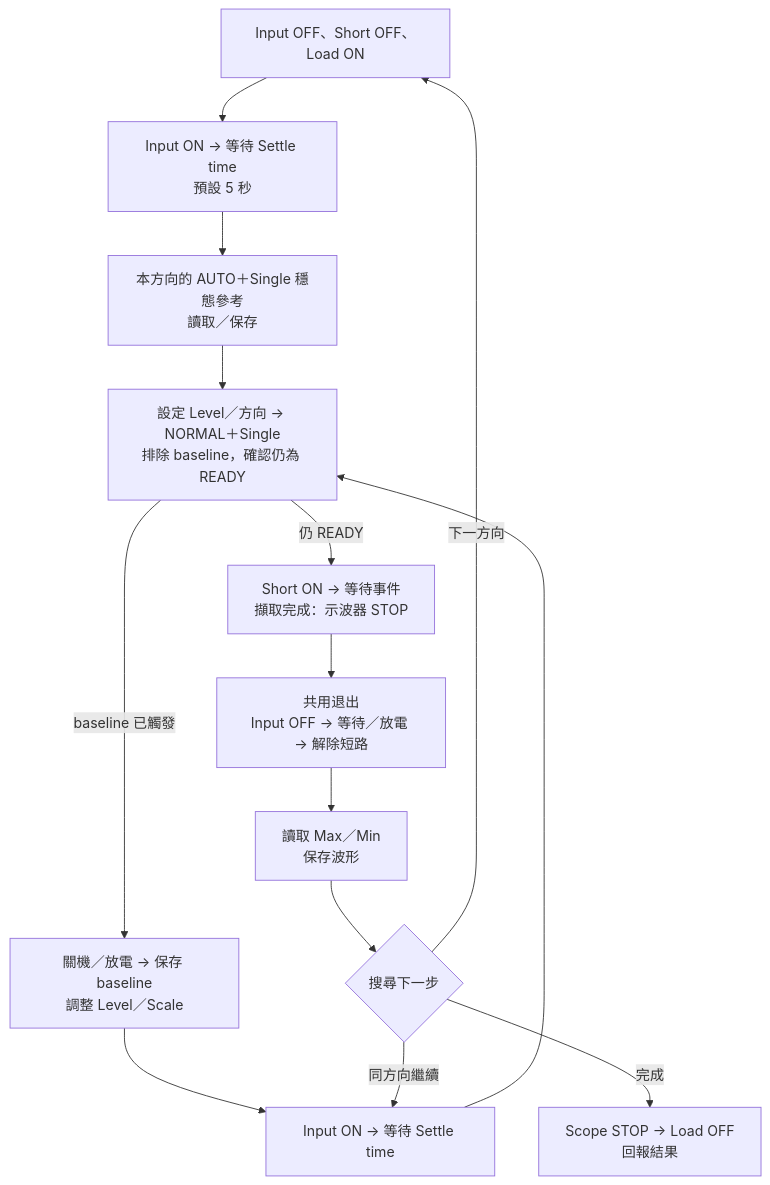
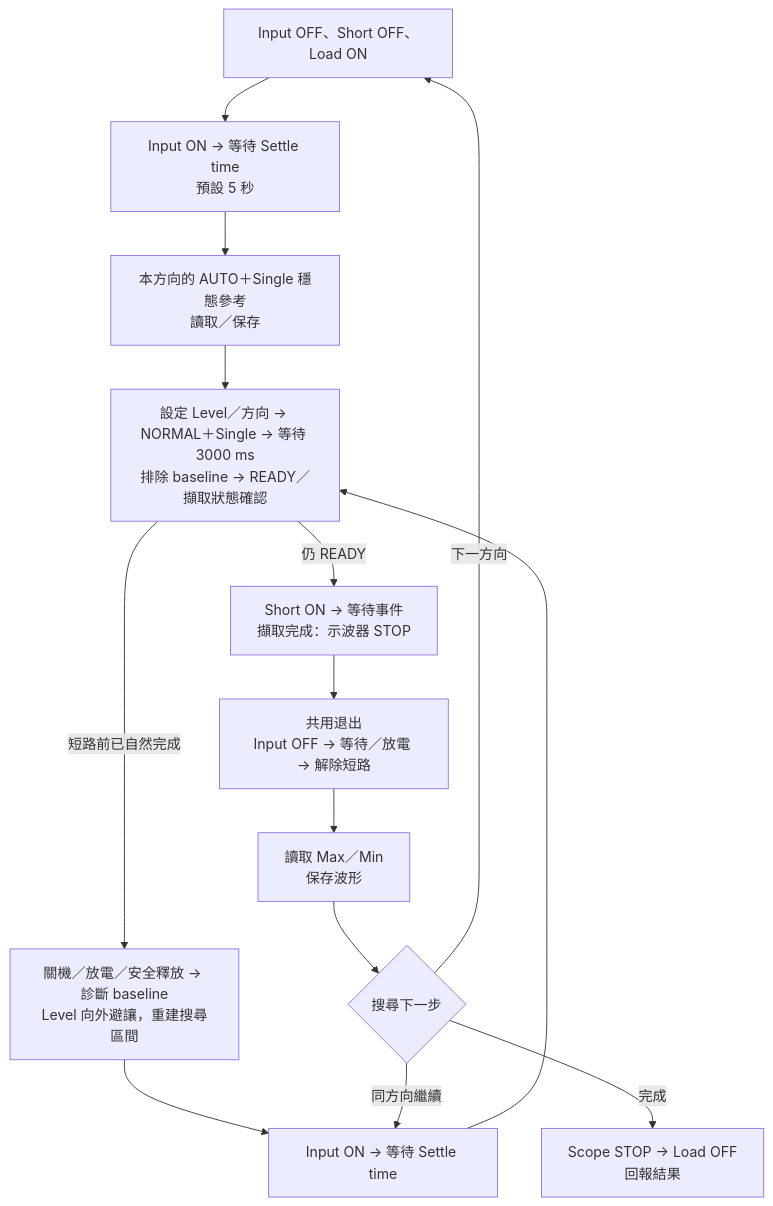
Before and after one commit to Jaxon-Su/ElectronicATE: the third of 6 diagrams in MEASUREMENT_STRATEGIES.md, drawn with Mermaid. The commit also changed other lines of this file and 89 other files, not shown here.

````diff
--- a/MEASUREMENT_STRATEGIES.md
+++ b/MEASUREMENT_STRATEGIES.md
@@ -153,16 +169,16 @@
 ```mermaid
 flowchart TD
     A["Input OFF、Short OFF、Load ON"] --> B["Input ON → 等待 Settle time<br/>預設 5 秒"]
     B --> C["本方向的 AUTO＋Single 穩態參考<br/>讀取／保存"]
-    C --> D["設定 Level／方向 → NORMAL＋Single<br/>排除 baseline，確認仍為 READY"]
-    D -->|"baseline 已觸發"| E["關機／放電 → 保存 baseline<br/>調整 Level／Scale"]
+    C --> D["設定 Level／方向 → NORMAL＋Single → 等待 3000 ms<br/>排除 baseline → READY／擷取狀態確認"]
+    D -->|"短路前已自然完成"| E["關機／放電／安全釋放 → 診斷 baseline<br/>Level 向外避讓，重建搜尋區間"]
     E --> F["Input ON → 等待 Settle time"]
     F --> D
     D -->|"仍 READY"| G["Short ON → 等待事件<br/>擷取完成：示波器 STOP"]
     G --> H["共用退出<br/>Input OFF → 等待／放電 → 解除短路"]
     H --> I["讀取 Max／Min<br/>保存波形"]
     I --> J{"搜尋下一步"}
     J -->|"同方向繼續"| F
     J -->|"下一方向"| A
     J -->|"完成"| K["Scope STOP → Load OFF<br/>回報結果"]
 ```
````
